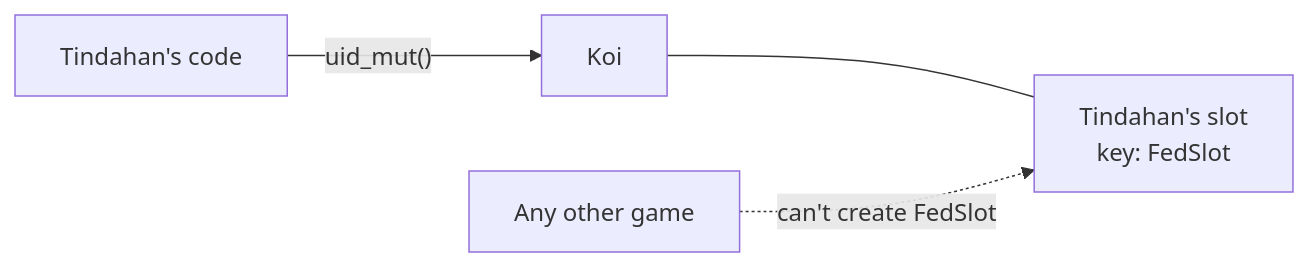
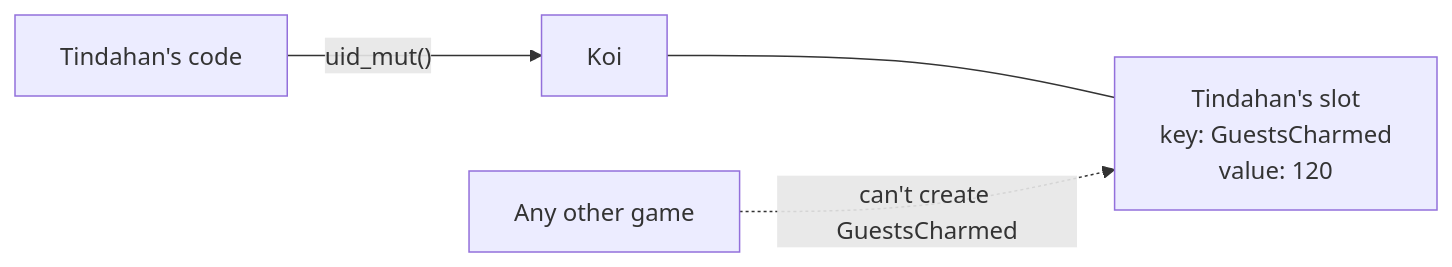
The first of 3 diagrams in docs/standard.md (codecustard/continuum), drawn with Mermaid before and after one commit. The commit also changed other lines of this file and 4 other files, not shown here.

First line of the commit message:
Example: Tindahan displays a koi (guests charmed slot) and cooks a dish in its pattern

````diff
--- a/docs/standard.md
+++ b/docs/standard.md
@@ -40,6 +49,6 @@
 ```mermaid
 flowchart LR
   T[Tindahan's code] -->|"uid_mut()"| K[Koi]
-  K --- S[Tindahan's slot<br/>key: FedSlot]
-  X[Any other game] -. "can't create FedSlot" .-> S
+  K --- S[Tindahan's slot<br/>key: GuestsCharmed<br/>value: 120]
+  X[Any other game] -. "can't create GuestsCharmed" .-> S
 ```
````
